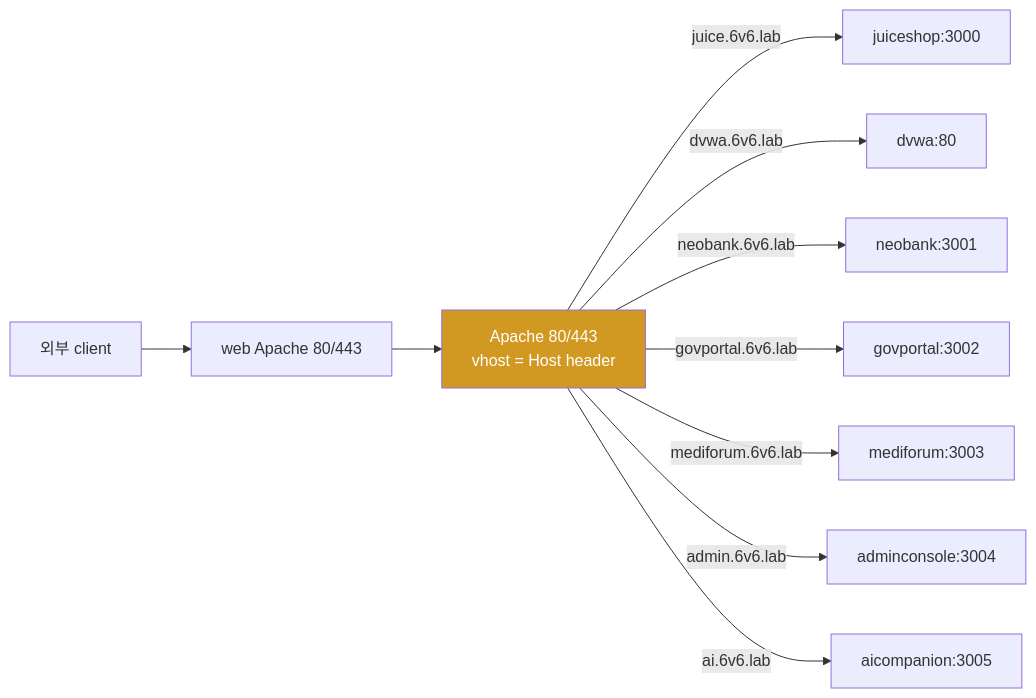
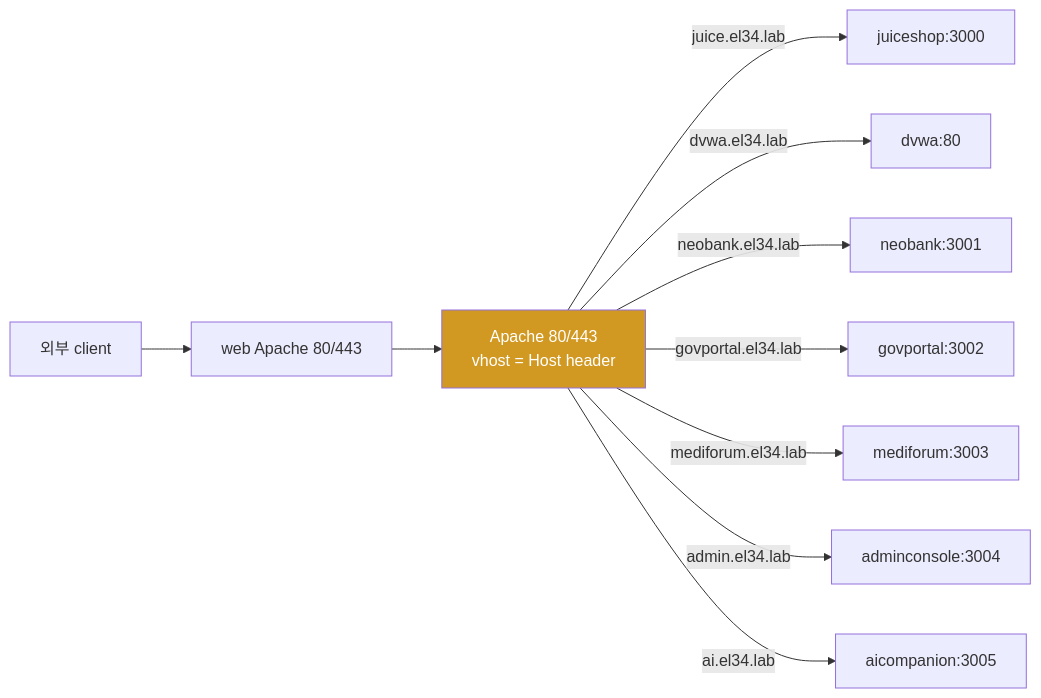
The second of 4 diagrams in contents/training/secuops/lecture_week05.md (mrgrit/tw2), drawn with Mermaid before and after one commit. The commit also changed other lines of this file and 109 other files, not shown here.

````diff
--- a/contents/training/secuops/lecture_week05.md
+++ b/contents/training/secuops/lecture_week05.md
@@ -372,23 +372,23 @@
 ```mermaid
 graph LR
     EXT[외부 client]
     HAP[web Apache 80/443]
     APACHE["Apache 80/443<br/>vhost = Host header"]
     JS[juiceshop:3000]
     DVWA[dvwa:80]
     NB[neobank:3001]
     GP[govportal:3002]
     MF[mediforum:3003]
     AC[adminconsole:3004]
     AI[aicompanion:3005]
     EXT --> HAP
     HAP --> APACHE
-    APACHE -->|juice.6v6.lab| JS
-    APACHE -->|dvwa.6v6.lab| DVWA
-    APACHE -->|neobank.6v6.lab| NB
-    APACHE -->|govportal.6v6.lab| GP
-    APACHE -->|mediforum.6v6.lab| MF
-    APACHE -->|admin.6v6.lab| AC
-    APACHE -->|ai.6v6.lab| AI
+    APACHE -->|juice.el34.lab| JS
+    APACHE -->|dvwa.el34.lab| DVWA
+    APACHE -->|neobank.el34.lab| NB
+    APACHE -->|govportal.el34.lab| GP
+    APACHE -->|mediforum.el34.lab| MF
+    APACHE -->|admin.el34.lab| AC
+    APACHE -->|ai.el34.lab| AI
     style APACHE fill:#d29922,color:#fff
 ```
````
